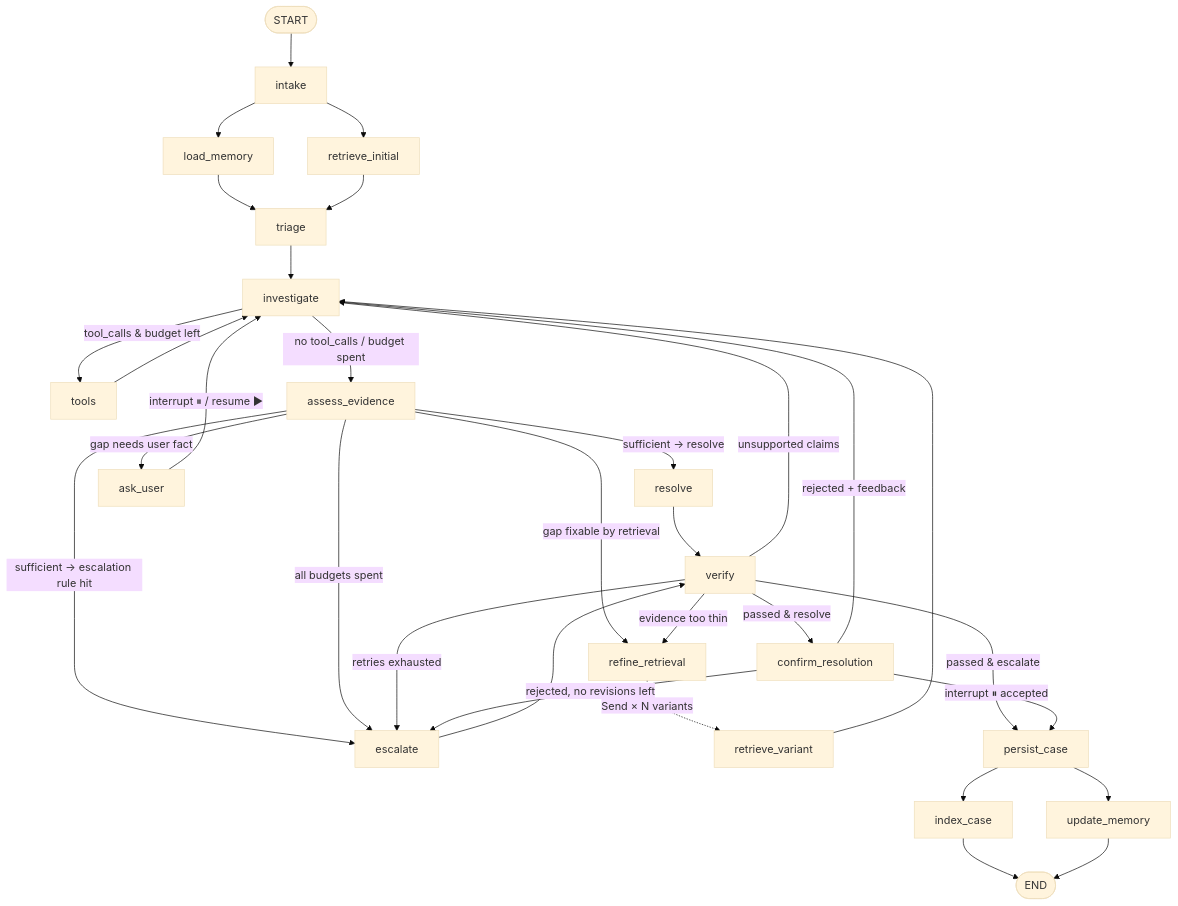
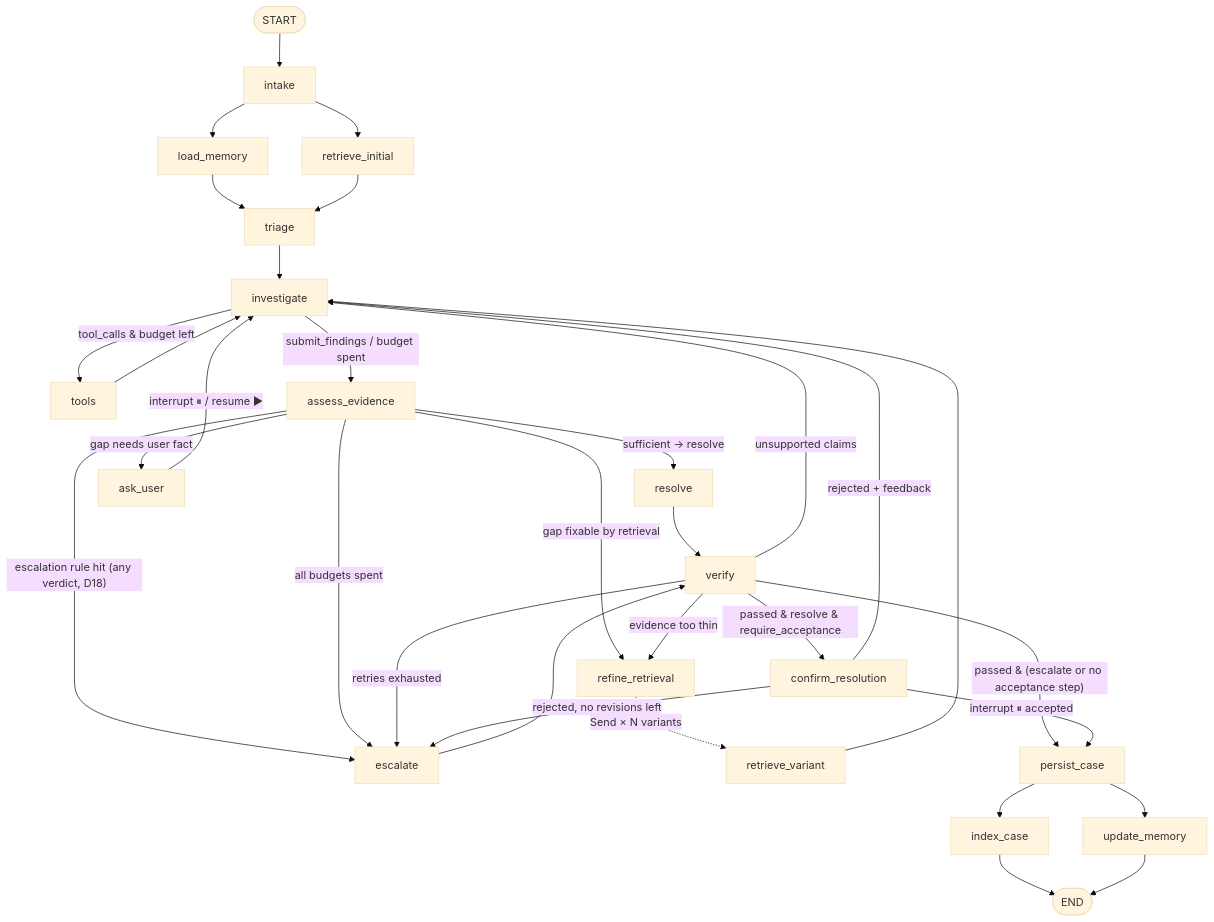
One commit to nishaankr/AutoSupportInvestigator changed the diagram in docs/design/graph-design.md. Above: the diagram before and after it, drawn with Mermaid (base theme). The commit also changed other lines of this file and 64 other files, not shown here.

````diff
--- a/docs/design/graph-design.md
+++ b/docs/design/graph-design.md
@@ -30,44 +33,44 @@
 ```mermaid
 flowchart TD
     START([START]) --> intake
 
     intake --> load_memory
     intake --> retrieve_initial
     load_memory --> triage
     retrieve_initial --> triage
 
     triage --> investigate
 
     investigate -- "tool_calls & budget left" --> tools
     tools --> investigate
-    investigate -- "no tool_calls / budget spent" --> assess_evidence
+    investigate -- "submit_findings / budget spent" --> assess_evidence
 
     assess_evidence -- "sufficient → resolve" --> resolve
-    assess_evidence -- "sufficient → escalation rule hit" --> escalate
+    assess_evidence -- "escalation rule hit (any verdict, D18)" --> escalate
     assess_evidence -- "gap fixable by retrieval" --> refine_retrieval
     assess_evidence -- "gap needs user fact" --> ask_user
     assess_evidence -- "all budgets spent" --> escalate
 
     refine_retrieval -. "Send × N variants" .-> retrieve_variant
     retrieve_variant --> investigate
 
     ask_user -- "interrupt ⏸ / resume ▶" --> investigate
 
     resolve --> verify
     escalate --> verify
 
-    verify -- "passed & resolve" --> confirm_resolution
-    verify -- "passed & escalate" --> persist_case
+    verify -- "passed & resolve & require_acceptance" --> confirm_resolution
+    verify -- "passed & (escalate or no acceptance step)" --> persist_case
     verify -- "unsupported claims" --> investigate
     verify -- "evidence too thin" --> refine_retrieval
     verify -- "retries exhausted" --> escalate
 
     confirm_resolution -- "interrupt ⏸ accepted" --> persist_case
     confirm_resolution -- "rejected + feedback" --> investigate
     confirm_resolution -- "rejected, no revisions left" --> escalate
 
     persist_case --> index_case
     persist_case --> update_memory
     index_case --> END([END])
     update_memory --> END
 ```
````
